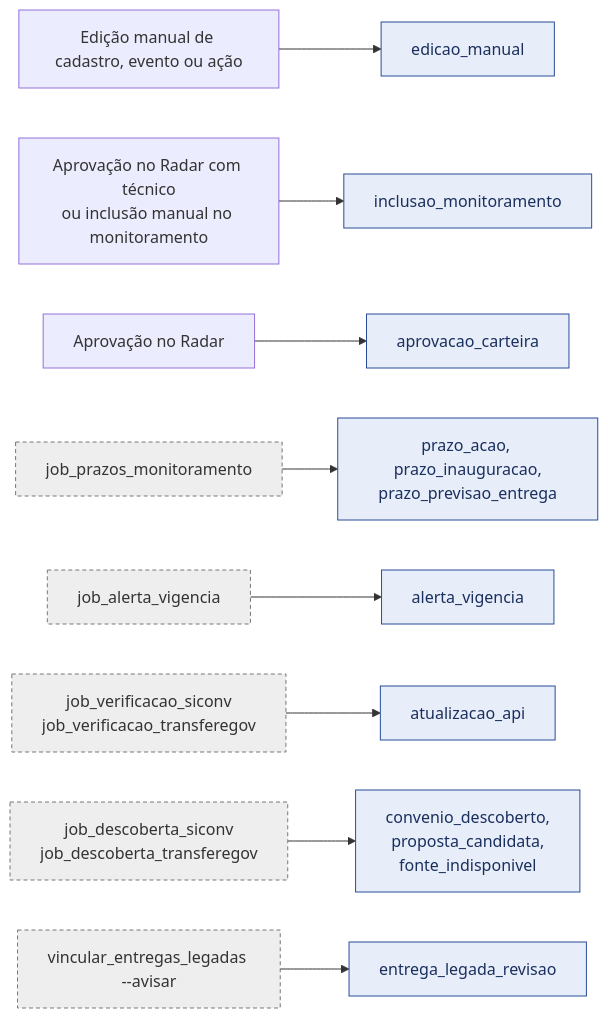
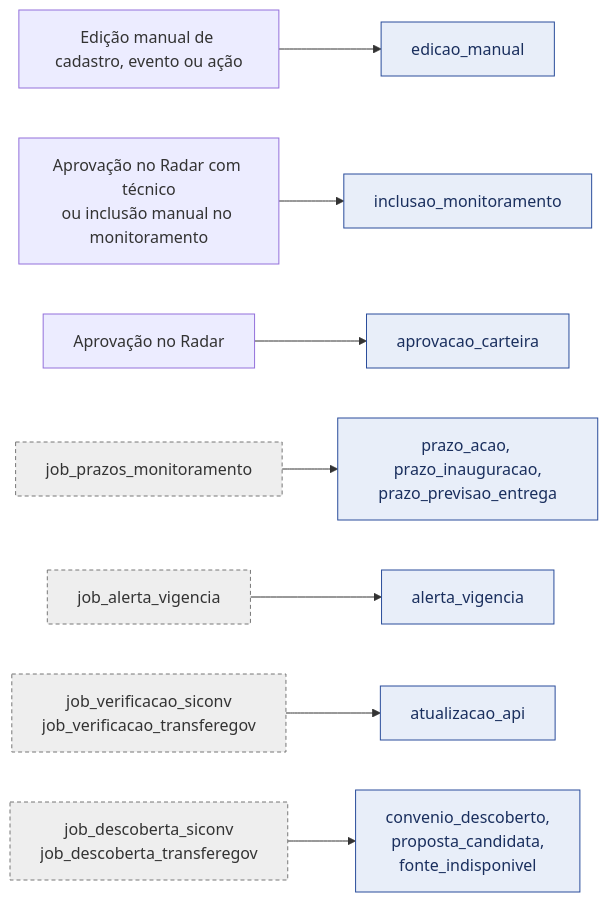
Diagram 11 of 11 in docs/arquitetura/mapa-monitoramento-interno-2026-11-19.md (devs-ministerio/par_equipamentos), drawn with Mermaid before and after one commit. The commit also changed other lines of this file and 23 other files, not shown here.

First line of the commit message:
refactor: remove a função de vincular entrega antiga (A vincular)

````diff
--- a/docs/arquitetura/mapa-monitoramento-interno-2026-11-19.md
+++ b/docs/arquitetura/mapa-monitoramento-interno-2026-11-19.md
@@ -327,13 +328,12 @@
 ```mermaid
 flowchart LR
     classDef job fill:#EEE,stroke:#777,color:#333,stroke-dasharray:4 3
     classDef aviso fill:#E8EEF9,stroke:#2A4D9B,color:#1a2f5e
     E1["Edição manual de cadastro, evento ou ação"] --> N1["edicao_manual"]:::aviso
     E2["Aprovação no Radar com técnico<br/>ou inclusão manual no monitoramento"] --> N5["inclusao_monitoramento"]:::aviso
     E3["Aprovação no Radar"] --> N6["aprovacao_carteira"]:::aviso
     J1["job_prazos_monitoramento"]:::job --> N2["prazo_acao, prazo_inauguracao,<br/>prazo_previsao_entrega"]:::aviso
     J2["job_alerta_vigencia"]:::job --> N3["alerta_vigencia"]:::aviso
     J3["job_verificacao_siconv<br/>job_verificacao_transferegov"]:::job --> N4["atualizacao_api"]:::aviso
     J4["job_descoberta_siconv<br/>job_descoberta_transferegov"]:::job --> N7["convenio_descoberto,<br/>proposta_candidata,<br/>fonte_indisponivel"]:::aviso
-    J5["vincular_entregas_legadas --avisar"]:::job --> N8["entrega_legada_revisao"]:::aviso
 ```
````
